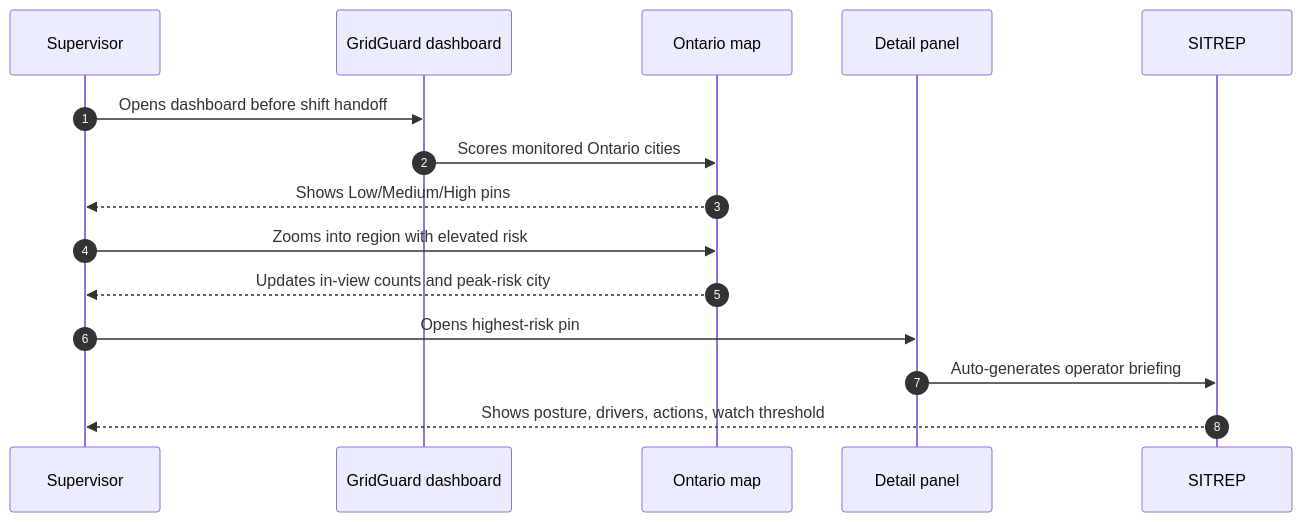
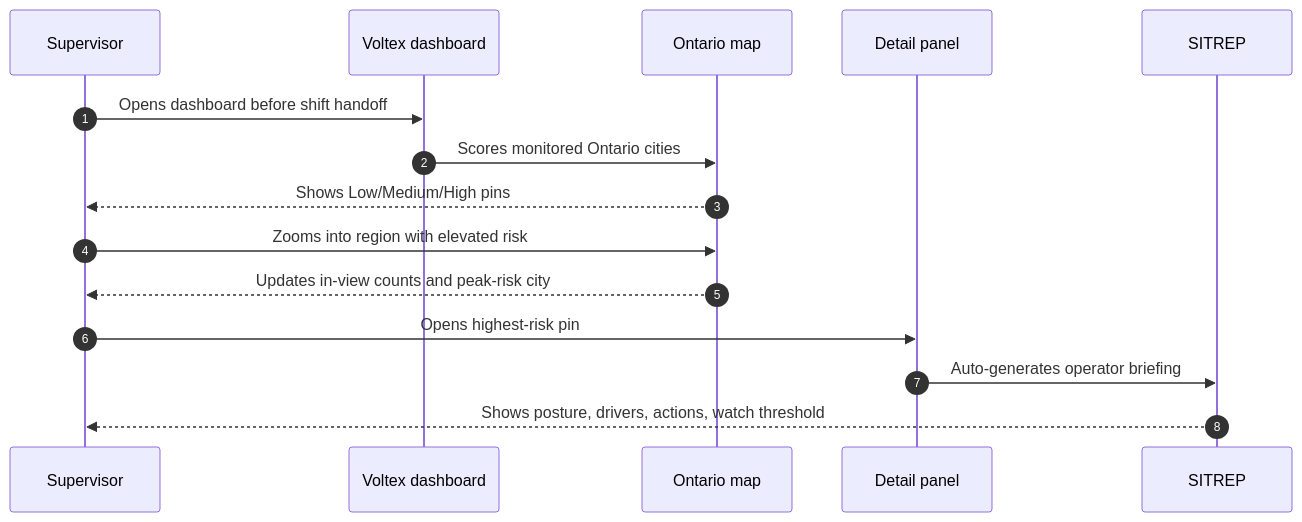
Before and after one commit to bmar1/voltex: the second of 5 diagrams in docs/02-product-methodology-and-use-cases.md, drawn with Mermaid. The commit also changed other lines of this file and 3 other files, not shown here.

First line of the commit message:
Rebrand docs to Voltex and fix mermaid diagrams

````diff
--- a/docs/02-product-methodology-and-use-cases.md
+++ b/docs/02-product-methodology-and-use-cases.md
@@ -85,18 +85,18 @@
 ```mermaid
 sequenceDiagram
   autonumber
   participant Sup as Supervisor
-  participant UI as GridGuard dashboard
+  participant UI as Voltex dashboard
   participant Map as Ontario map
   participant Panel as Detail panel
   participant Brief as SITREP
 
   Sup->>UI: Opens dashboard before shift handoff
   UI->>Map: Scores monitored Ontario cities
   Map-->>Sup: Shows Low/Medium/High pins
   Sup->>Map: Zooms into region with elevated risk
   Map-->>Sup: Updates in-view counts and peak-risk city
   Sup->>Panel: Opens highest-risk pin
   Panel->>Brief: Auto-generates operator briefing
   Brief-->>Sup: Shows posture, drivers, actions, watch threshold
 ```
````
